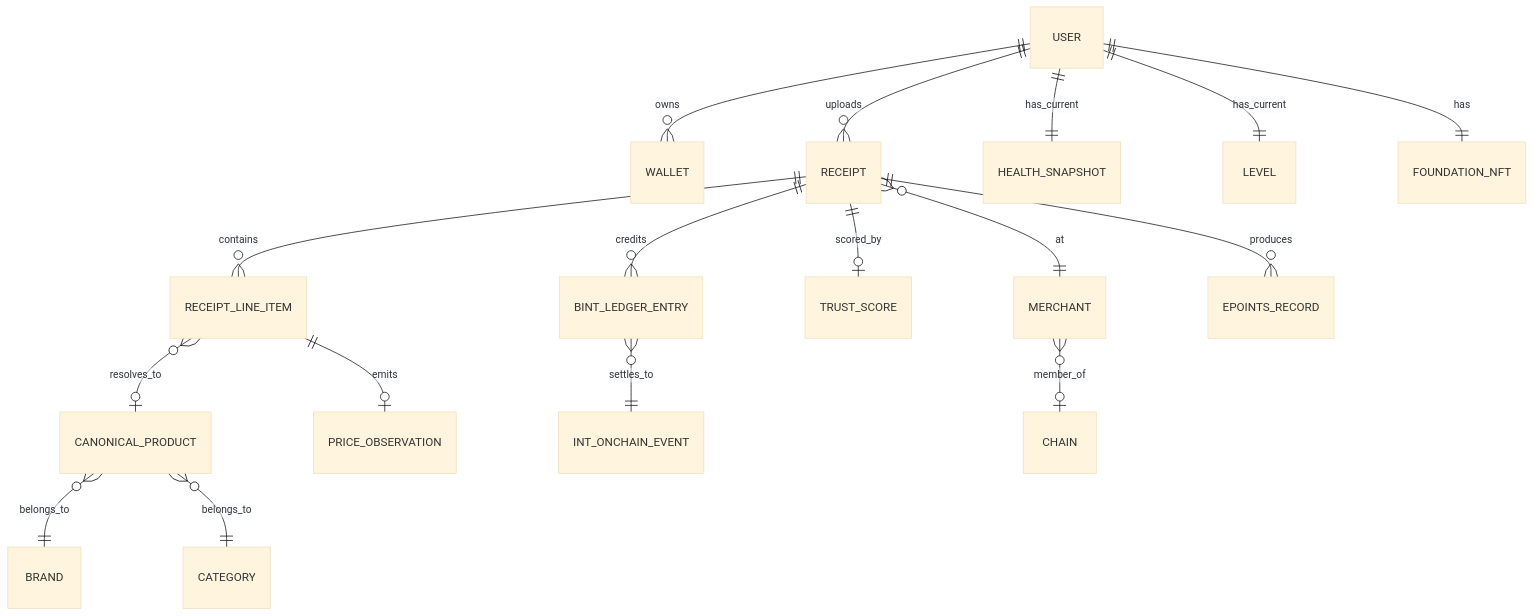
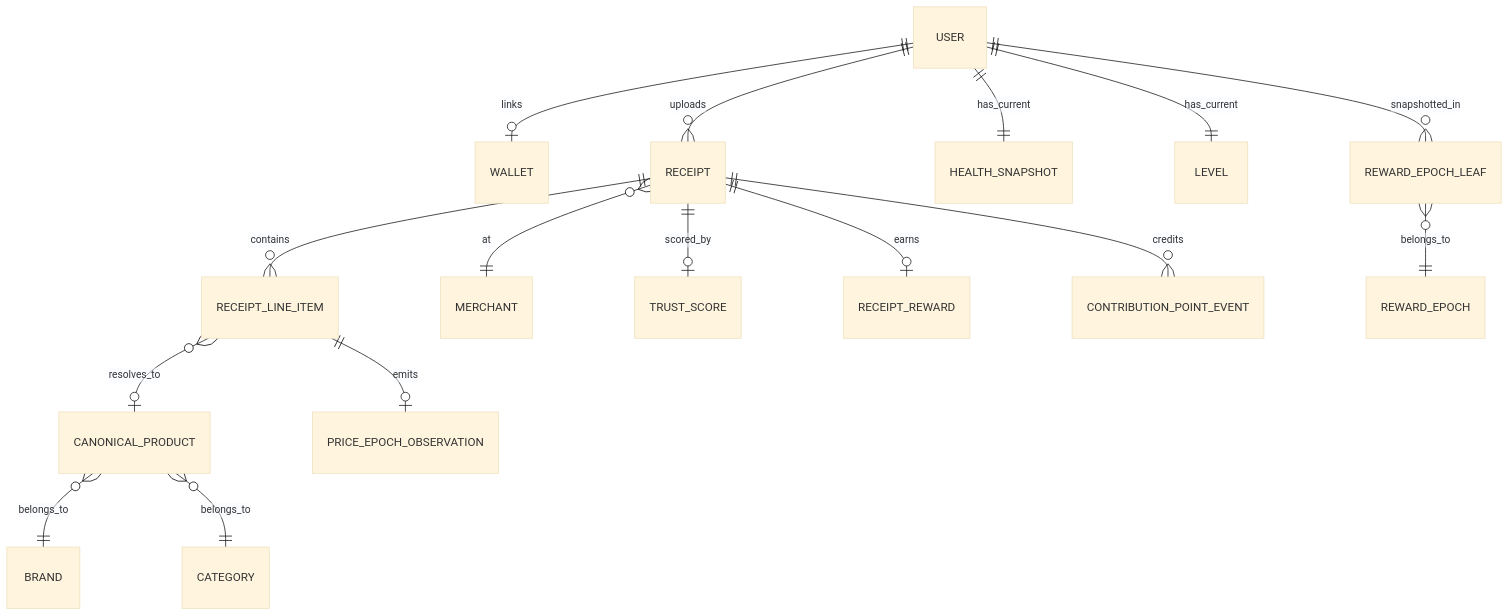
One commit to Yumo-Yumo-Inc/yumoyumohq changed the diagram in content/technical-paper/en/05-data-schema-and-api/03-core-entities.md. Above: the diagram before and after it, drawn with Mermaid (base theme). The commit also changed other lines of this file and 1048 other files, not shown here.

````diff
--- a/content/technical-paper/en/05-data-schema-and-api/03-core-entities.md
+++ b/content/technical-paper/en/05-data-schema-and-api/03-core-entities.md
@@ -5,20 +5,19 @@
 ```mermaid
 erDiagram
-    USER ||--o{ WALLET : owns
+    USER ||--o| WALLET : links
     USER ||--o{ RECEIPT : uploads
     USER ||--|| HEALTH_SNAPSHOT : has_current
     USER ||--|| LEVEL : has_current
     RECEIPT ||--o{ RECEIPT_LINE_ITEM : contains
     RECEIPT }o--|| MERCHANT : at
     RECEIPT_LINE_ITEM }o--o| CANONICAL_PRODUCT : resolves_to
-    RECEIPT_LINE_ITEM ||--o| PRICE_OBSERVATION : emits
+    RECEIPT_LINE_ITEM ||--o| PRICE_EPOCH_OBSERVATION : emits
     RECEIPT ||--o| TRUST_SCORE : scored_by
-    RECEIPT ||--o{ BINT_LEDGER_ENTRY : credits
-    BINT_LEDGER_ENTRY }o--|| INT_ONCHAIN_EVENT : settles_to
-    RECEIPT ||--o{ EPOINTS_RECORD : produces
-    USER ||--|| FOUNDATION_NFT : has
+    RECEIPT ||--o| RECEIPT_REWARD : earns
+    RECEIPT ||--o{ CONTRIBUTION_POINT_EVENT : credits
+    USER ||--o{ REWARD_EPOCH_LEAF : snapshotted_in
+    REWARD_EPOCH_LEAF }o--|| REWARD_EPOCH : belongs_to
 
     CANONICAL_PRODUCT }o--|| BRAND : belongs_to
     CANONICAL_PRODUCT }o--|| CATEGORY : belongs_to
-    MERCHANT }o--o| CHAIN : member_of
 ```
````
